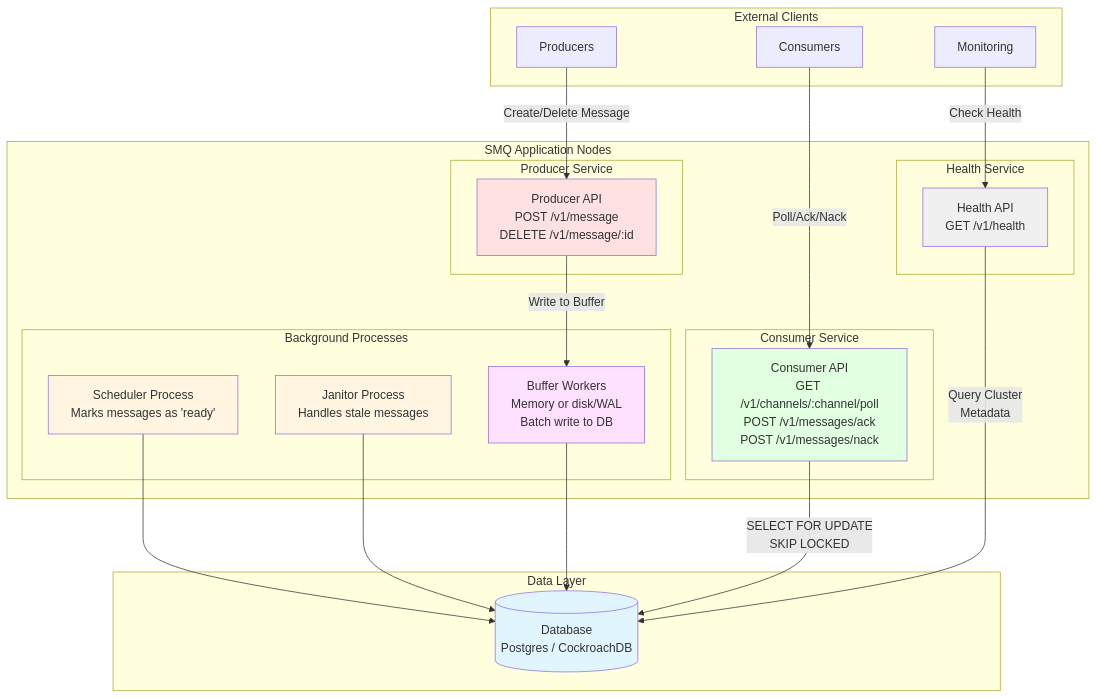
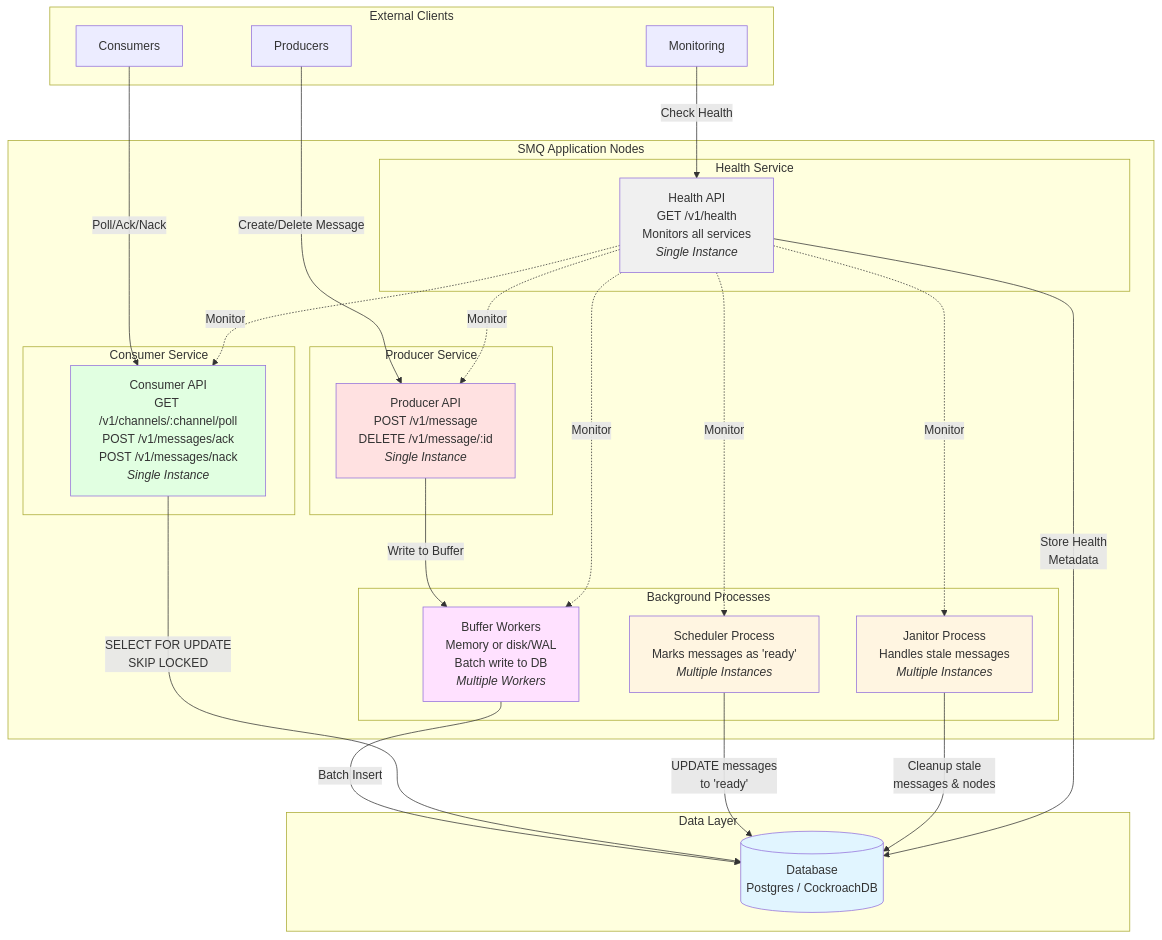
One commit to jaysongiroux/SMQ changed the diagram in README.md. Above: the diagram before and after it, drawn with Mermaid.

Commit message:
updated README diagram

````diff
--- a/README.md
+++ b/README.md
@@ -6,59 +6,64 @@
 ```mermaid
 graph TB
     subgraph "External Clients"
         P[Producers]
         C[Consumers]
         M[Monitoring]
     end
 
     subgraph "SMQ Application Nodes"
         subgraph "Producer Service"
-            PA[Producer API<br/>POST /v1/message<br/>DELETE /v1/message/:id]
+            PA[Producer API<br/>POST /v1/message<br/>DELETE /v1/message/:id<br/><i>Single Instance</i>]
         end
         
         subgraph "Consumer Service"
-            CA[Consumer API<br/>GET /v1/channels/:channel/poll<br/>POST /v1/messages/ack<br/>POST /v1/messages/nack]
+            CA[Consumer API<br/>GET /v1/channels/:channel/poll<br/>POST /v1/messages/ack<br/>POST /v1/messages/nack<br/><i>Single Instance</i>]
         end
         
         subgraph "Background Processes"
-            S[Scheduler Process<br/>Marks messages as 'ready']
-            J[Janitor Process<br/>Handles stale messages]
-            B[Buffer Workers<br />Memory or disk/WAL<br/>Batch write to DB]
+            S[Scheduler Process<br/>Marks messages as 'ready'<br/><i>Multiple Instances</i>]
+            J[Janitor Process<br/>Handles stale messages<br/><i>Multiple Instances</i>]
+            B[Buffer Workers<br/>Memory or disk/WAL<br/>Batch write to DB<br/><i>Multiple Workers</i>]
         end
         
         subgraph "Health Service"
-            H[Health API<br/>GET /v1/health]
+            H[Health API<br/>GET /v1/health<br/>Monitors all services<br/><i>Single Instance</i>]
         end
     end
 
     subgraph "Data Layer"
         DB[(Database<br/>Postgres / CockroachDB)]
     end
 
     %% Producer flow
     P -->|Create/Delete Message| PA
     PA -->|Write to Buffer| B
-    B --> DB
+    B -->|Batch Insert| DB
 
     %% Consumer flow
     C -->|Poll/Ack/Nack| CA
     CA -->|SELECT FOR UPDATE<br/>SKIP LOCKED| DB
 
     %% Scheduler flow
-    S --> DB
+    S -->|UPDATE messages<br/>to 'ready'| DB
 
     %% Janitor flow
-    J --> DB
+    J -->|Cleanup stale<br/>messages & nodes| DB
 
-    %% Health flow
+    %% Health monitoring flow
     M -->|Check Health| H
-    H -->|Query Cluster<br/>Metadata| DB
+    H -.->|Monitor| PA
+    H -.->|Monitor| CA
+    H -.->|Monitor| S
+    H -.->|Monitor| J
+    H -.->|Monitor| B
+    H -->|Store Health<br/>Metadata| DB
 
     style DB fill:#e1f5ff
     style PA fill:#ffe1e1
     style CA fill:#e1ffe1
     style S fill:#fff5e1
     style J fill:#fff5e1
     style B fill:#ffe1ff
     style H fill:#f0f0f0
 ```
````
